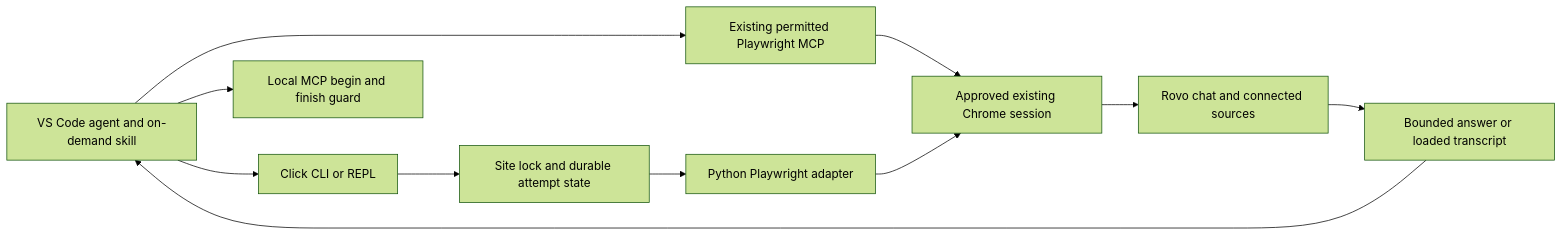
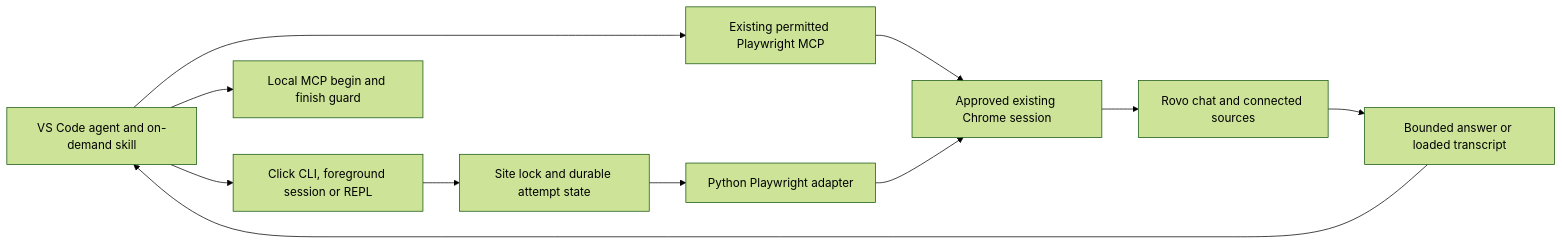
One commit to rm0nroe/rovo-relay changed the diagram in docs/ARCHITECTURE.md. Above: the diagram before and after it, drawn with Mermaid (forest theme). The commit also changed other lines of this file and 13 other files, not shown here.

Commit message:
Add persistent foreground CLI sessions

````diff
--- a/docs/ARCHITECTURE.md
+++ b/docs/ARCHITECTURE.md
@@ -3,13 +3,13 @@
 ```mermaid
 flowchart LR
-  A[VS Code agent and on-demand skill] --> B[Click CLI or REPL]
+  A[VS Code agent and on-demand skill] --> B[Click CLI, foreground session or REPL]
   A --> H[Existing permitted Playwright MCP]
   H --> E
   A --> I[Local MCP begin and finish guard]
   B --> C[Site lock and durable attempt state]
   C --> D[Python Playwright adapter]
   D --> E[Approved existing Chrome session]
   E --> F[Rovo chat and connected sources]
   F --> G[Bounded answer or loaded transcript]
   G --> A
 ```
````
